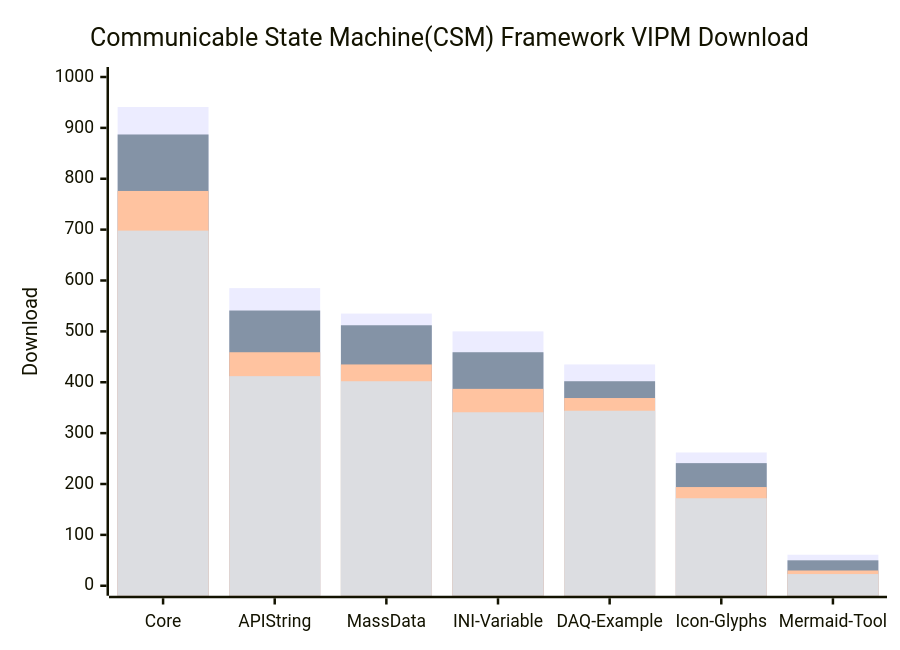
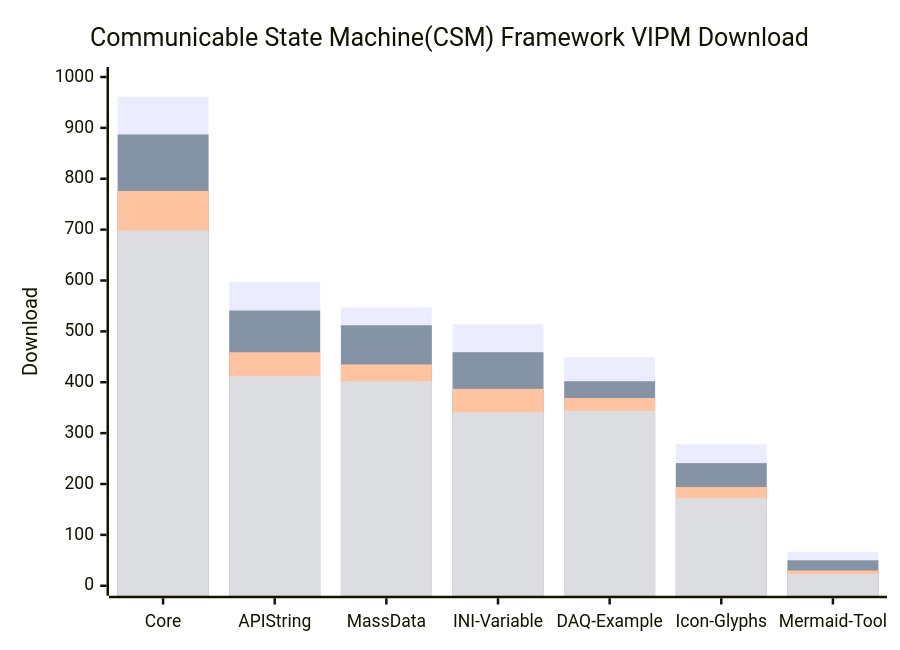
One commit to NEVSTOP-LAB/.github changed the diagram in profile/README.md. Above: the diagram before and after it, drawn with Mermaid.

````diff
--- a/profile/README.md
+++ b/profile/README.md
@@ -27,10 +27,10 @@
 ```mermaid
     xychart-beta
     title "Communicable State Machine(CSM) Framework VIPM Download"
     x-axis [Core, API String, MassData, INI-Variable, DAQ-Example, Icon-Glyphs, Mermaid-Tool]
     y-axis "Download" 0 --> 1000
-    bar   [941, 585, 535, 500, 435, 262, 61]
+    bar   [961, 597, 547, 514, 449, 278, 67]
     bar   [887, 541, 512, 459, 402, 241, 50]
     bar   [776, 459, 435, 387, 369, 194, 30]
     bar   [698, 412, 402, 341, 344, 172, 23]
 ```
````
